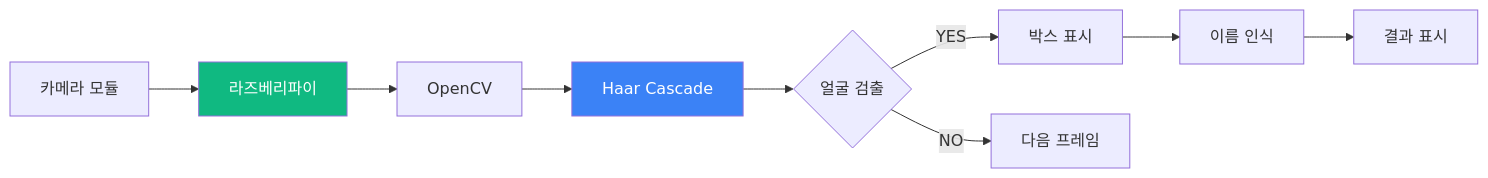
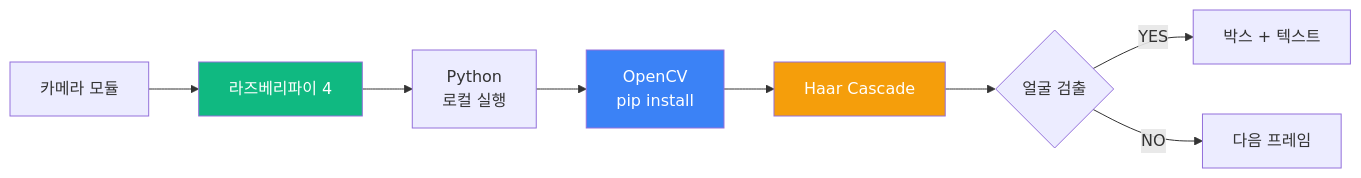
One commit to Collegenie-X/AIMakerLab_Web changed the fourth of 9 diagrams in documents/CURRICULUM/맛보기_라즈베리파이_AI.md. Above: the diagram before and after it, drawn with Mermaid. The commit also changed other lines of this file and 3 other files, not shown here.

````diff
--- a/documents/CURRICULUM/맛보기_라즈베리파이_AI.md
+++ b/documents/CURRICULUM/맛보기_라즈베리파이_AI.md
@@ -170,14 +194,14 @@
 ```mermaid
 graph LR
-    A[카메라 모듈] --> B[라즈베리파이]
-    B --> C[OpenCV]
-    C --> D[Haar Cascade]
-    D --> E{얼굴 검출}
-    E -->|YES| F[박스 표시]
-    E -->|NO| G[다음 프레임]
-    F --> H[이름 인식]
-    H --> I[결과 표시]
+    A[카메라 모듈] --> B[라즈베리파이 4]
+    B --> C[Python<br/>로컬 실행]
+    C --> D[OpenCV<br/>pip install]
+    D --> E[Haar Cascade]
+    E --> F{얼굴 검출}
+    F -->|YES| G[박스 + 텍스트]
+    F -->|NO| H[다음 프레임]
     
     style B fill:#10b981,color:#fff
     style D fill:#3b82f6,color:#fff
+    style E fill:#f59e0b,color:#fff
 ```
````
